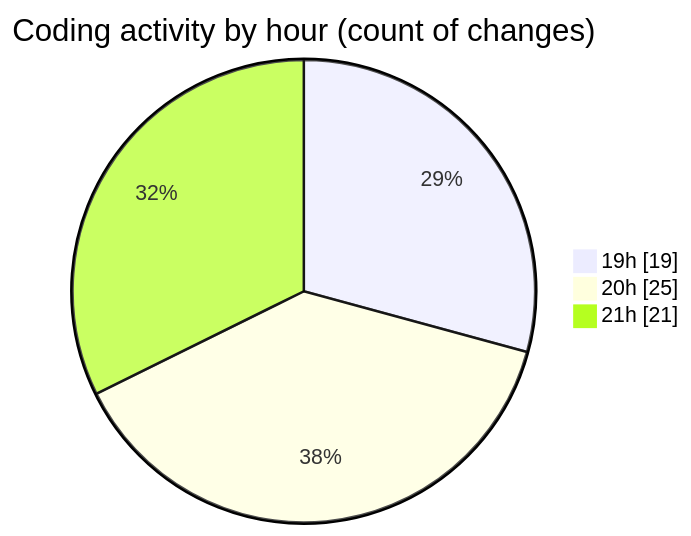
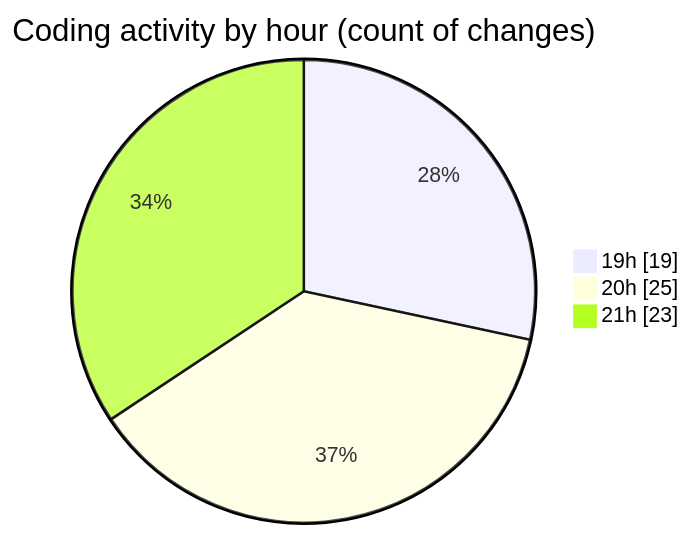
The second of 2 diagrams in 2025-05-12/news-clock-system-caspercg/README.md (momahboobian/code-tracking), drawn with Mermaid before and after one commit. The commit also changed other lines of this file and 1 other file, not shown here.

````diff
--- a/2025-05-12/news-clock-system-caspercg/README.md
+++ b/2025-05-12/news-clock-system-caspercg/README.md
@@ -44,7 +44,7 @@
 ```mermaid
 pie showData
 title Coding activity by hour (count of changes)
 "19h" : 19
 "20h" : 25
-"21h" : 21
+"21h" : 23
 ```
````
